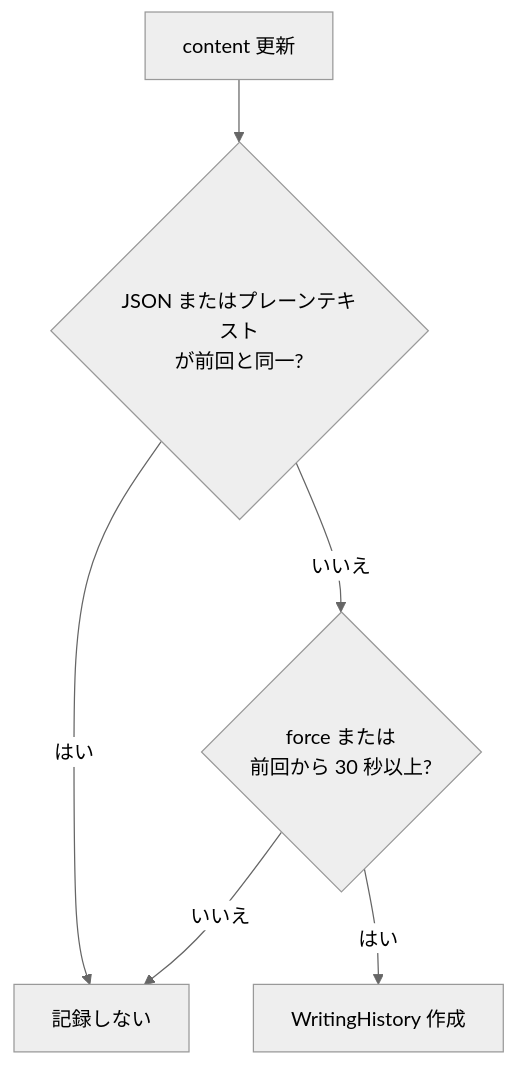
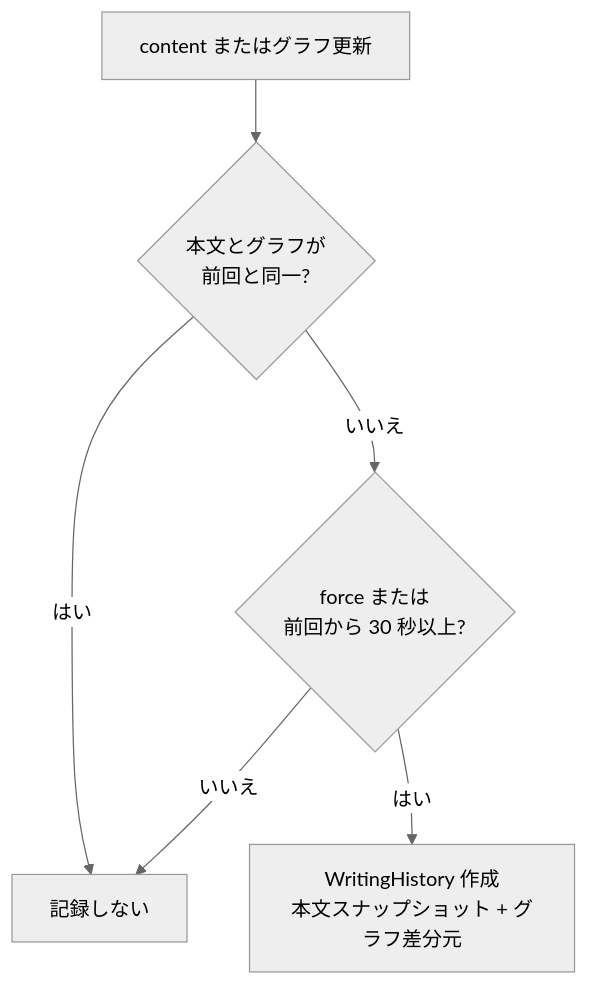
One commit to MatsunoHitoshi/ArsTraverse changed the diagram in docs/external-workspace-api.md. Above: the diagram before and after it, drawn with Mermaid (neutral theme). The commit also changed other lines of this file and 9 other files, not shown here.

First line of the commit message:
feat: store live graph snapshots on writing history

````diff
--- a/docs/external-workspace-api.md
+++ b/docs/external-workspace-api.md
@@ -209,8 +229,8 @@
 ```mermaid
 flowchart TD
-    A[content 更新] --> B{JSON またはプレーンテキスト<br/>が前回と同一?}
+    A[content またはグラフ更新] --> B{本文とグラフが<br/>前回と同一?}
     B -->|はい| Z[記録しない]
     B -->|いいえ| C{force または<br/>前回から 30 秒以上?}
-    C -->|はい| D[WritingHistory 作成]
+    C -->|はい| D[WritingHistory 作成<br/>本文スナップショット + グラフ差分元]
     C -->|いいえ| Z
 ```
````
